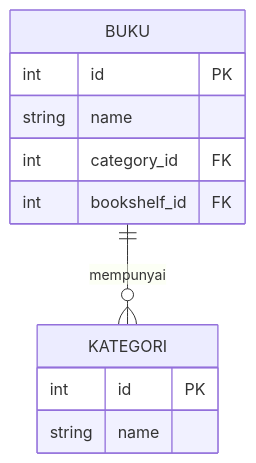
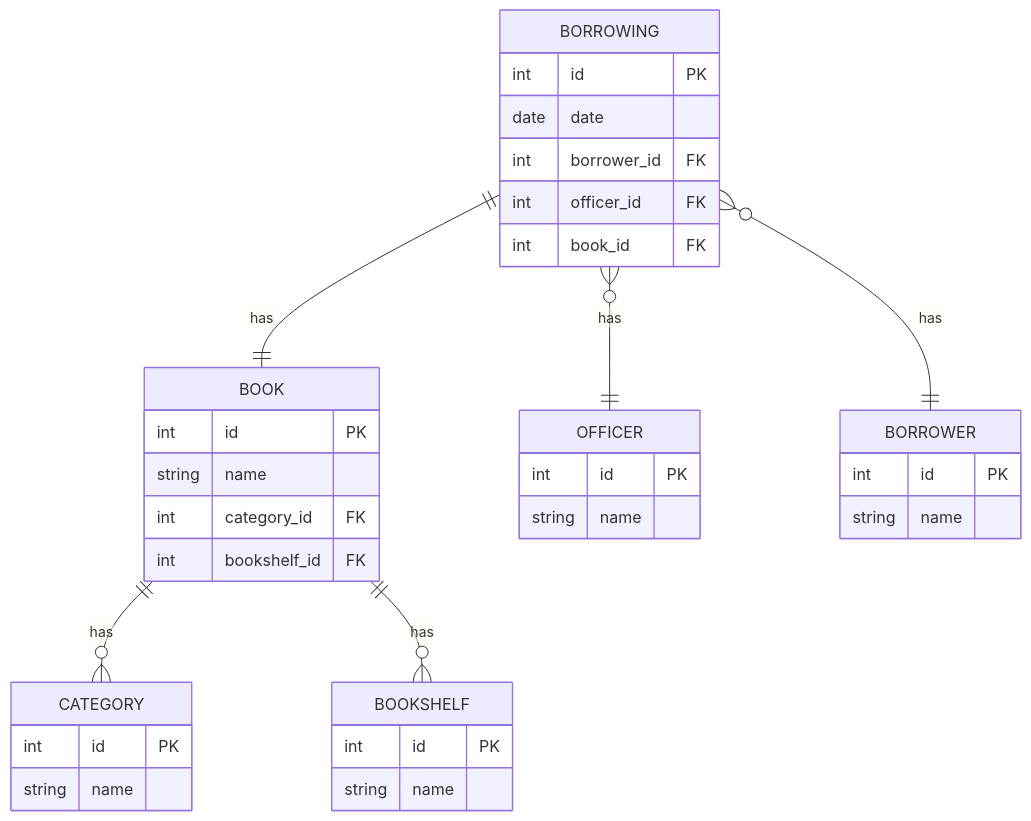
One commit to mfchrzlmzakky/koda-b1-db1 changed the diagram in koda-b1-db1-perpustakaan.md. Above: the diagram before and after it, drawn with Mermaid.

Commit message:
feat: add more entity & relation

````diff
--- a/koda-b1-db1-perpustakaan.md
+++ b/koda-b1-db1-perpustakaan.md
@@ -1,17 +1,44 @@
 ```mermaid
 erDiagram
 
-BUKU ||--o{ KATEGORI : mempunyai
-BUKU {
+BOOK ||--o{ CATEGORY : has
+BOOK ||--o{ BOOKSHELF : has
+BOOK {
   int id PK
   string name
   int category_id FK
   int bookshelf_id FK
 }
 
-KATEGORI {
+CATEGORY {
  int id PK
  string name
 }
 
+BOOKSHELF{
+  int id PK
+  string name
+}
+
+OFFICER {
+  int id PK
+  string name
+}
+
+BORROWER {
+  int id PK
+  string name
+}
+
+BORROWING ||--|| BOOK : has
+BORROWING }o--|| OFFICER : has 
+BORROWING }o--|| BORROWER : has 
+BORROWING {
+  int id PK
+  date date
+  int borrower_id FK
+  int officer_id FK 
+  int book_id FK
+}
+
 ```
````
